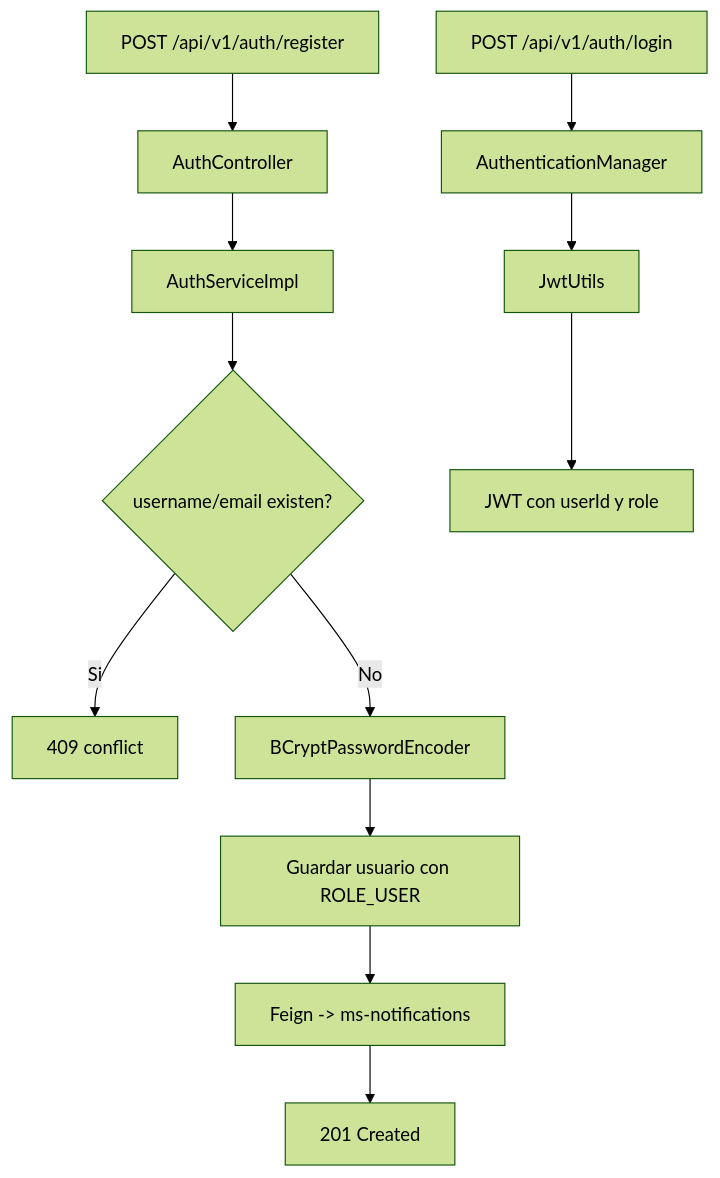
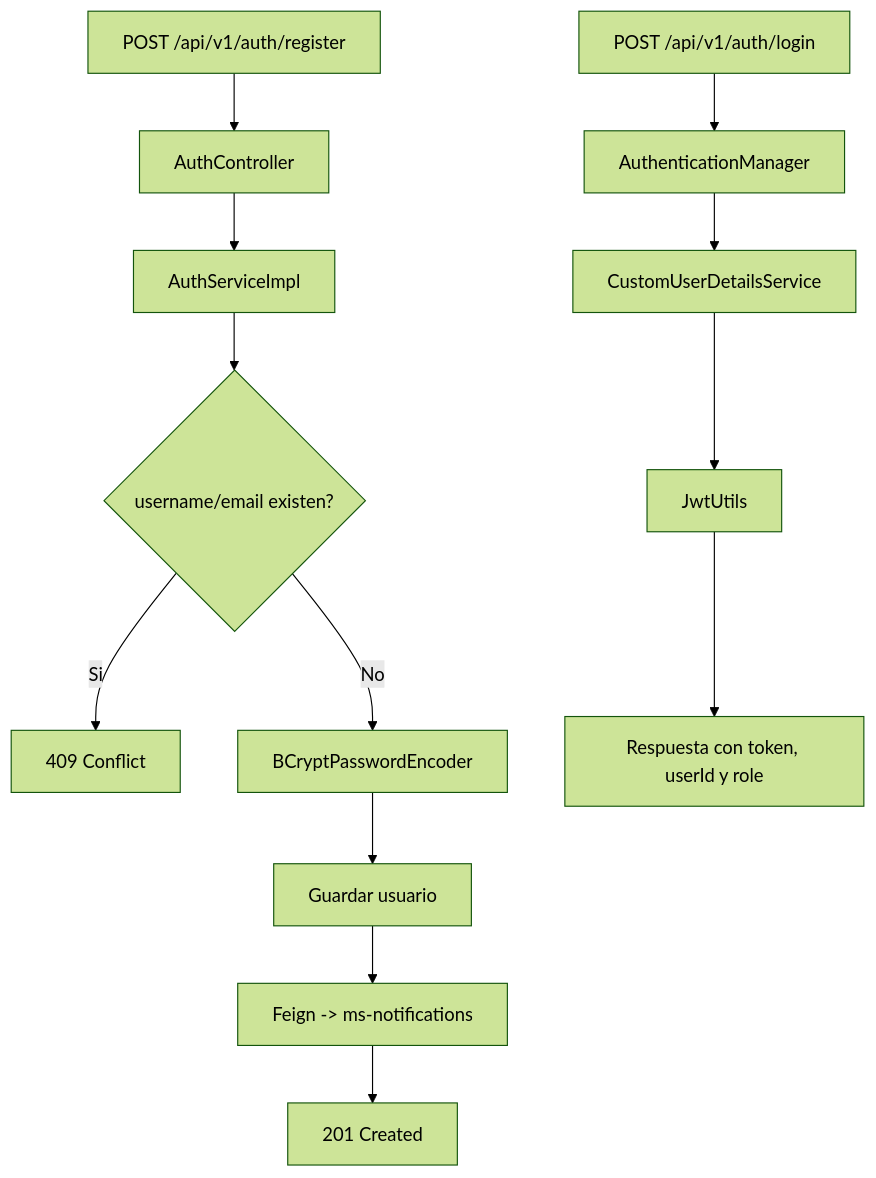
One commit to Sebastianidm/blockbuster-microservices changed the second of 2 diagrams in users/users/README.md. Above: the diagram before and after it, drawn with Mermaid (forest theme). The commit also changed other lines of this file and 5 other files, not shown here.

````diff
--- a/users/users/README.md
+++ b/users/users/README.md
@@ -119,15 +117,16 @@
 ```mermaid
 flowchart TD
     A["POST /api/v1/auth/register"] --> B["AuthController"]
     B --> C["AuthServiceImpl"]
     C --> D{"username/email existen?"}
-    D -- "Si" --> E["409 conflict"]
+    D -- "Si" --> E["409 Conflict"]
     D -- "No" --> F["BCryptPasswordEncoder"]
-    F --> G["Guardar usuario con ROLE_USER"]
+    F --> G["Guardar usuario"]
     G --> H["Feign -> ms-notifications"]
     H --> I["201 Created"]
 
     J["POST /api/v1/auth/login"] --> K["AuthenticationManager"]
-    K --> L["JwtUtils"]
-    L --> M["JWT con userId y role"]
+    K --> L["CustomUserDetailsService"]
+    L --> M["JwtUtils"]
+    M --> N["Respuesta con token, userId y role"]
 ```
````
